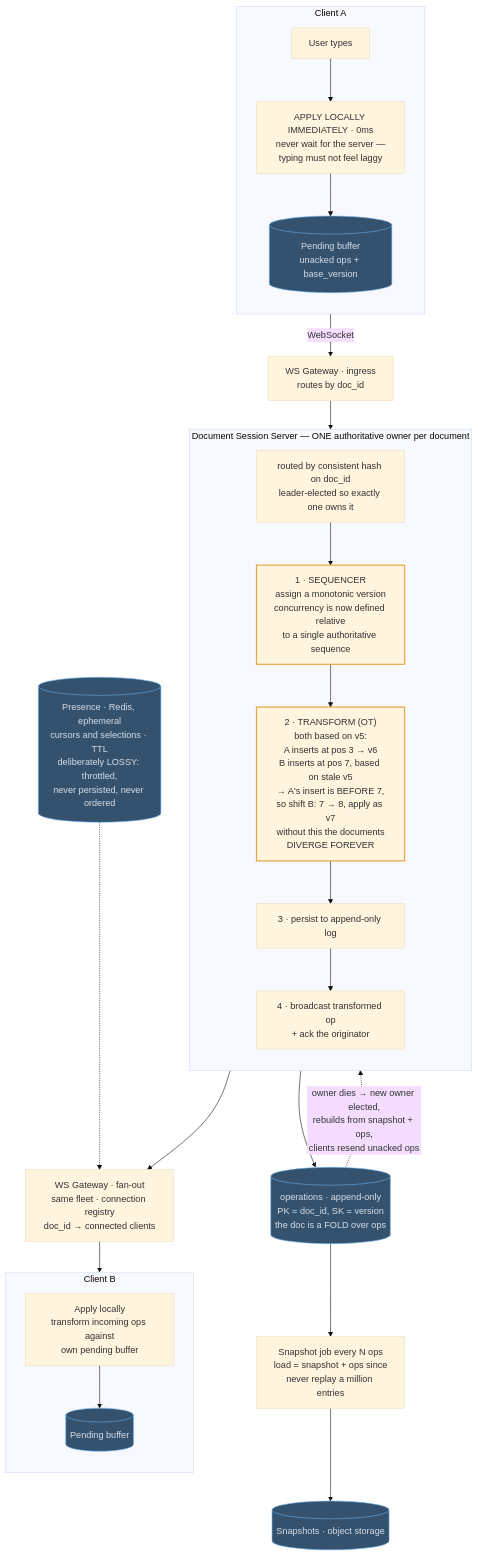
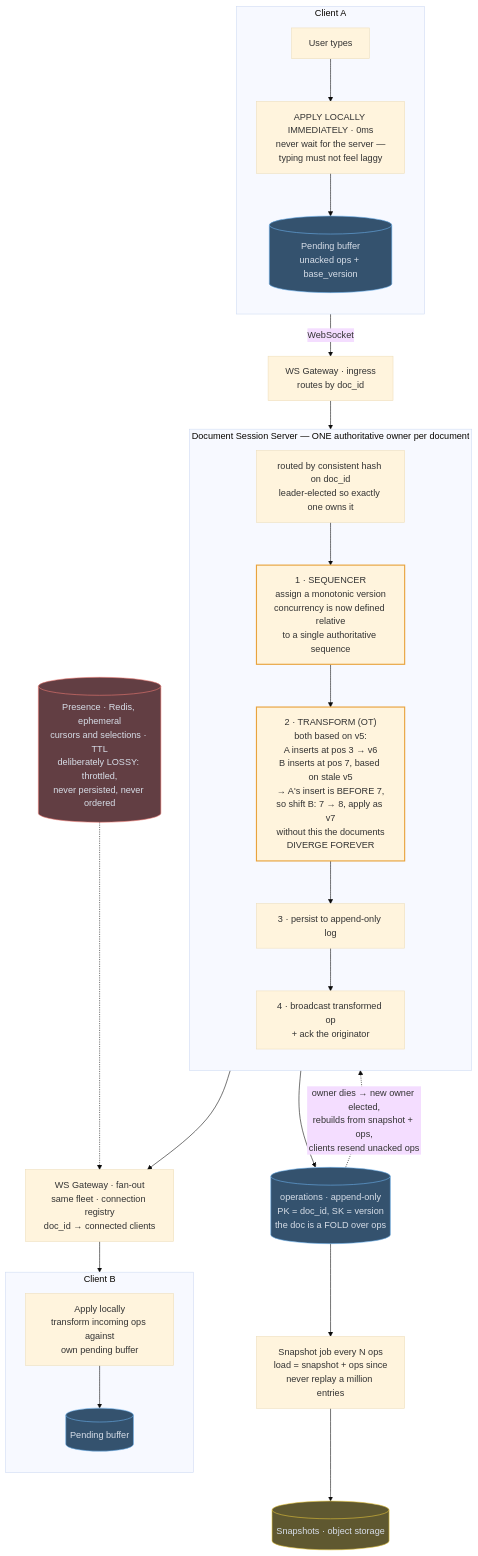
Before and after one commit to mertkahyaoglu/atlas: the diagram in content/designs/15-google-docs-collaborative-editing.md, drawn with Mermaid (base theme). The commit also changed 16 other files, not shown here.

First line of the commit message:
Split store into db/cache/blob; color gateway and load-balancer nodes

````diff
--- a/content/designs/15-google-docs-collaborative-editing.md
+++ b/content/designs/15-google-docs-collaborative-editing.md
@@ -128,48 +128,52 @@
 ```mermaid
 flowchart TB
     subgraph CA ["Client A"]
         direction TB
         TypeA["User types"]
         LocalA["APPLY LOCALLY IMMEDIATELY · 0ms<br/>never wait for the server —<br/>typing must not feel laggy"]
         PendA[("Pending buffer<br/>unacked ops + base_version")]
         TypeA --> LocalA --> PendA
     end
 
     PendA -- "WebSocket" --> GWin["WS Gateway · ingress<br/>routes by doc_id"]
     GWin --> Session
 
     subgraph SESS ["Document Session Server — ONE authoritative owner per document"]
         direction TB
         Session["routed by consistent hash on doc_id<br/>leader-elected so exactly one owns it"]
         Seq["1 · SEQUENCER<br/>assign a monotonic version<br/>concurrency is now defined relative<br/>to a single authoritative sequence"]
         Transform["2 · TRANSFORM (OT)<br/>both based on v5:<br/>A inserts at pos 3 → v6<br/>B inserts at pos 7, based on stale v5<br/>→ A's insert is BEFORE 7,<br/>so shift B: 7 → 8, apply as v7<br/>without this the documents<br/>DIVERGE FOREVER"]
         Persist["3 · persist to append-only log"]
         Broadcast["4 · broadcast transformed op<br/>+ ack the originator"]
         Session --> Seq --> Transform --> Persist --> Broadcast
     end
 
     Persist --> Ops[("operations · append-only<br/>PK = doc_id, SK = version<br/>the doc is a FOLD over ops")]
     Ops --> Snap["Snapshot job every N ops<br/>load = snapshot + ops since<br/>never replay a million entries"]
     Snap --> Blob[("Snapshots · object storage")]
     Ops -. "owner dies → new owner elected,<br/>rebuilds from snapshot + ops,<br/>clients resend unacked ops" .-> Session
 
     Broadcast --> GWout["WS Gateway · fan-out<br/>same fleet · connection registry<br/>doc_id → connected clients"]
     Presence[("Presence · Redis, ephemeral<br/>cursors and selections · TTL<br/>deliberately LOSSY: throttled,<br/>never persisted, never ordered")] -.-> GWout
 
     subgraph CB ["Client B"]
         direction TB
         LocalB["Apply locally<br/>transform incoming ops against<br/>own pending buffer"]
         PendB[("Pending buffer")]
         LocalB --> PendB
     end
     GWout --> LocalB
 
-    classDef store fill:#34526e,stroke:#6cb2ee,color:#d7dee8
+    classDef db fill:#34526e,stroke:#6cb2ee,color:#d7dee8
+    classDef cache fill:#623e43,stroke:#f07a73,color:#d7dee8
+    classDef blob fill:#5f5830,stroke:#e6c43c,color:#d7dee8
     classDef hot stroke:#e8a33d,stroke-width:2px
-    class Ops,Blob,Presence,PendA,PendB store
+    class Ops,PendA,PendB db
+    class Presence cache
+    class Blob blob
     class Transform,Seq hot
 
     click GWout href "/docs/07-apis-and-communication" "Role: holds collaborators' connections and routes each doc to the server that owns it.<br/>Trade-off: stateful, so moving a document forces its editors to reconnect."
     click Blob href "/docs/09-specialized-building-blocks" "Role: periodic document snapshots so opening a doc doesn't replay every op.<br/>Trade-off: snapshot frequency trades storage and write cost against load time."
     click Presence href "/docs/04-caching" "Role: live cursors and selections, kept only in memory.<br/>Trade-off: deliberately lossy, so nothing survives a restart, and that's fine."
 ```
````
